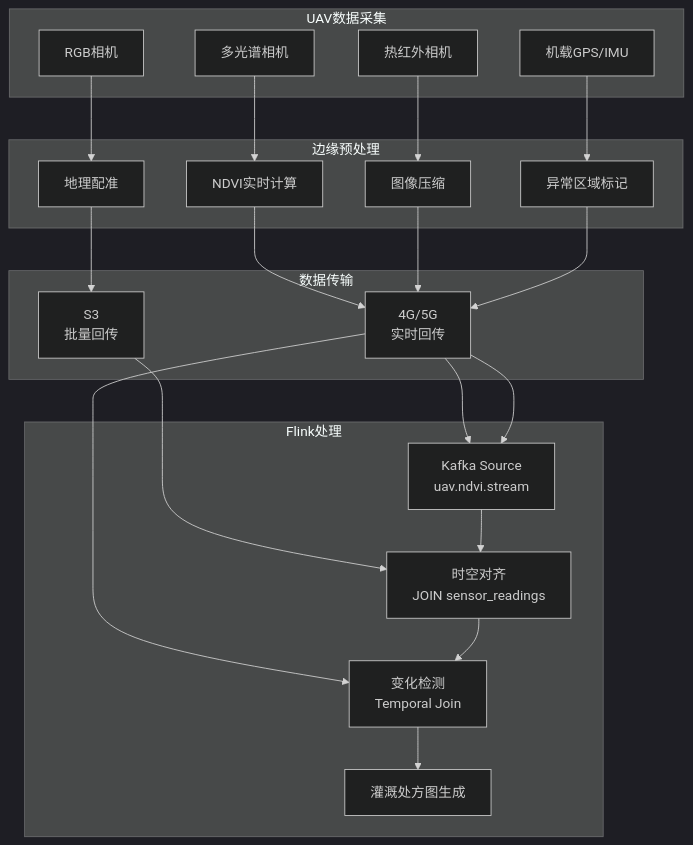
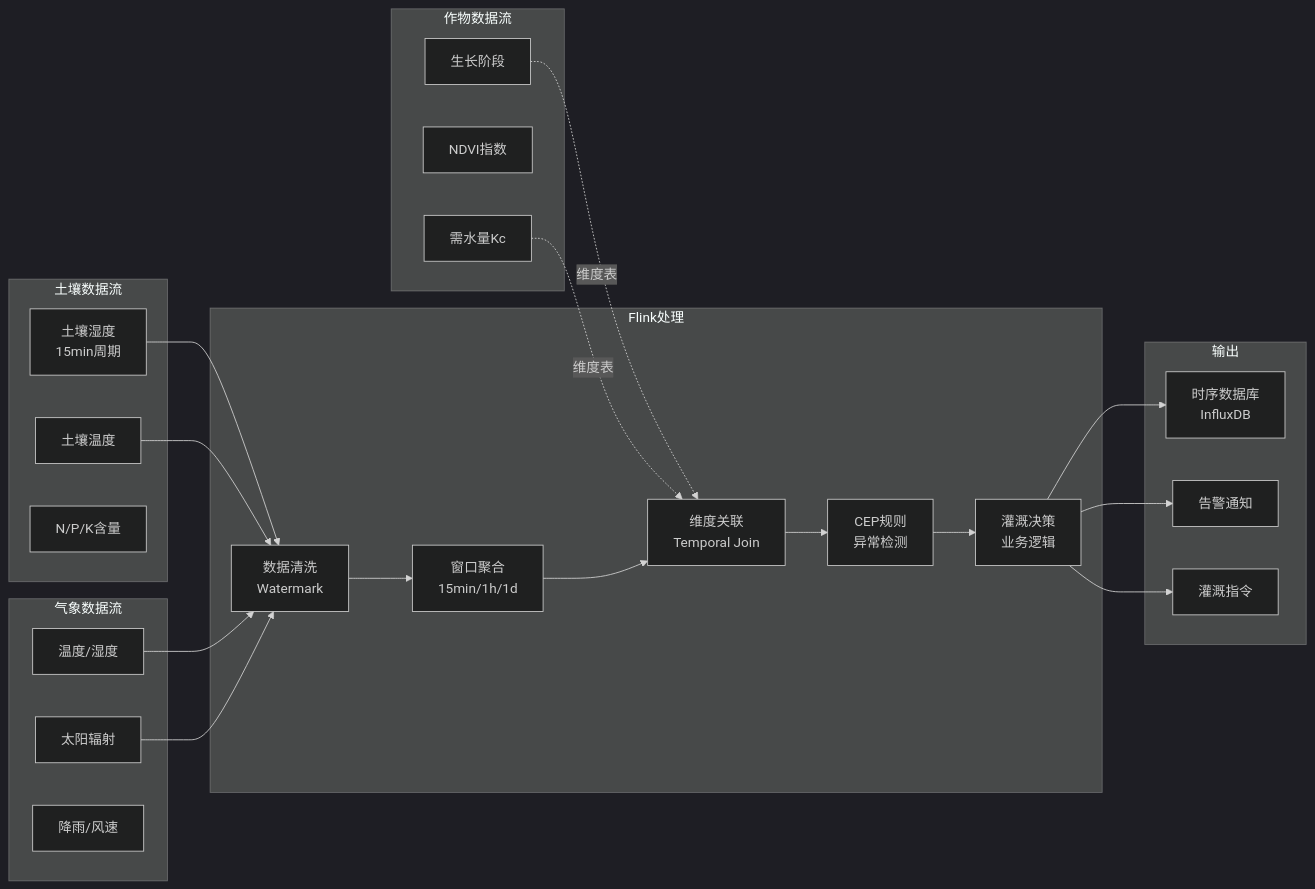
The second of 3 diagrams in Flink-IoT-Authority-Alignment/Phase-5-Agriculture/10-flink-iot-precision-agriculture-foundation.md (AdaMartin18010/AnalysisDataFlow), drawn with Mermaid (dark theme) before and after one commit. The commit also changed other lines of this file and 153 other files, not shown here.

````diff
--- a/Flink-IoT-Authority-Alignment/Phase-5-Agriculture/10-flink-iot-precision-agriculture-foundation.md
+++ b/Flink-IoT-Authority-Alignment/Phase-5-Agriculture/10-flink-iot-precision-agriculture-foundation.md
@@ -269,35 +611,46 @@
 ```mermaid
-graph TB
-    subgraph UAV数据采集
-        U1[多光谱相机]
-        U2[热红外相机]
-        U3[RGB相机]
-        U4[机载GPS/IMU]
+flowchart LR
+    subgraph 土壤数据流
+        A1[土壤湿度<br/>15min周期]
+        A2[土壤温度]
+        A3[N/P/K含量]
     end
 
-    subgraph 边缘预处理
-        E1[NDVI实时计算]
-        E2[图像压缩]
-        E3[地理配准]
-        E4[异常区域标记]
+    subgraph 气象数据流
+        B1[温度/湿度]
+        B2[太阳辐射]
+        B3[降雨/风速]
     end
 
-    subgraph 数据传输
-        T1[4G/5G<br/>实时回传]
-        T2[S3<br/>批量回传]
+    subgraph 作物数据流
+        C1[生长阶段]
+        C2[NDVI指数]
+        C3[需水量Kc]
     end
 
     subgraph Flink处理
-        F1[Kafka Source<br/>uav.ndvi.stream]
-        F2[时空对齐<br/>JOIN sensor_readings]
-        F3[变化检测<br/>Temporal Join]
-        F4[灌溉处方图生成]
+        F1[数据清洗<br/>Watermark]
+        F2[窗口聚合<br/>15min/1h/1d]
+        F3[维度关联<br/>Temporal Join]
+        F4[CEP规则<br/>异常检测]
+        F5[灌溉决策<br/>业务逻辑]
     end
 
-    U1 --> E1 --> T1 --> F1
-    U2 --> E2 --> T1 --> F1
-    U3 --> E3 --> T2 --> F2
-    U4 --> E4 --> T1 --> F3
+    subgraph 输出
+        O1[时序数据库<br/>InfluxDB]
+        O2[告警通知]
+        O3[灌溉指令]
+    end
 
-    F1 --> F2 --> F3 --> F4
+    A1 --> F1
+    A2 --> F1
+    B1 --> F1
+    B2 --> F1
+    C1 -.->|维度表| F3
+    C3 -.->|维度表| F3
+
+    F1 --> F2 --> F3 --> F4 --> F5
+    F5 --> O1
+    F5 --> O2
+    F5 --> O3
 ```
````
